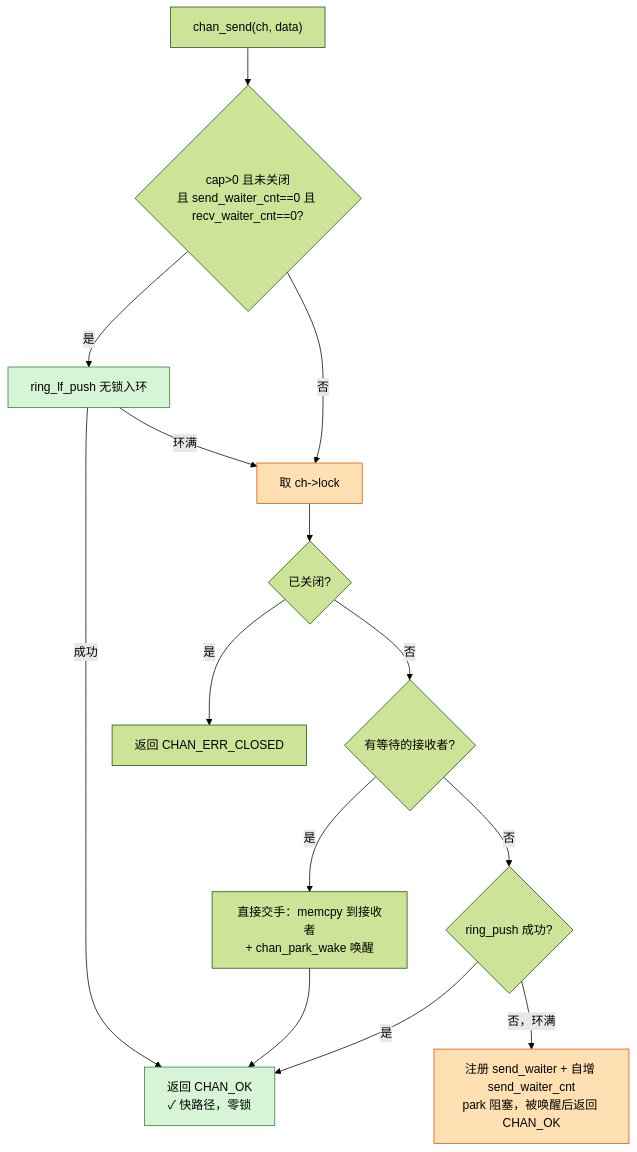
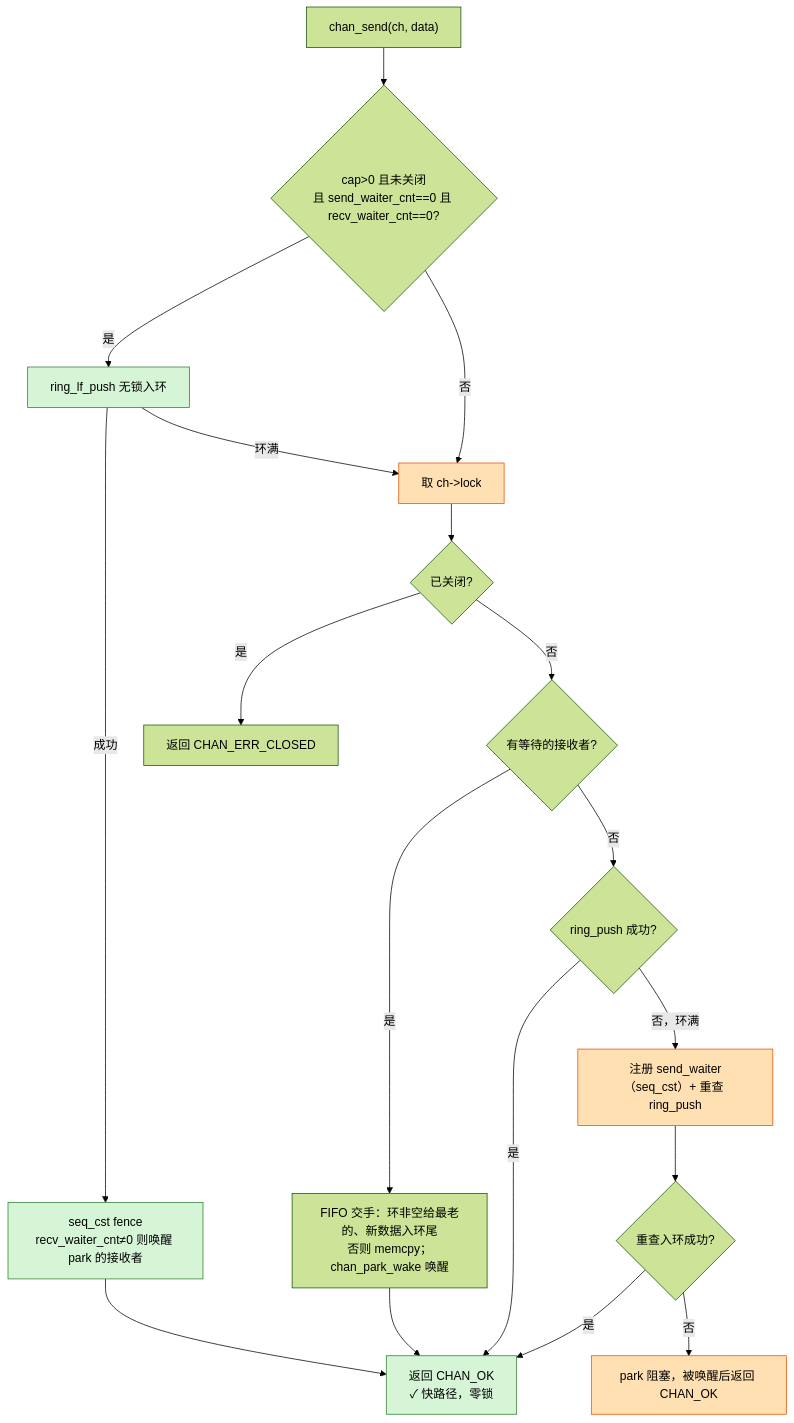
The second of 4 diagrams in doc/architecture.md (calcky/libchan), drawn with Mermaid (forest theme) before and after one commit. The commit also changed other lines of this file and 5 other files, not shown here.

````diff
--- a/doc/architecture.md
+++ b/doc/architecture.md
@@ -69,20 +70,24 @@
 ```mermaid
 flowchart TD
     SA["chan_send(ch, data)"] --> SB{"cap>0 且未关闭<br/>且 send_waiter_cnt==0 且 recv_waiter_cnt==0?"}
     SB -->|是| SC["ring_lf_push 无锁入环"]
-    SC -->|成功| SOK["返回 CHAN_OK<br/>✓ 快路径，零锁"]
+    SC -->|成功| SW["seq_cst fence<br/>recv_waiter_cnt≠0 则唤醒 park 的接收者"]
+    SW --> SOK["返回 CHAN_OK<br/>✓ 快路径，零锁"]
     SC -->|环满| SL["取 ch->lock"]
     SB -->|否| SL
     SL --> SD{"已关闭?"}
     SD -->|是| SCLOSED["返回 CHAN_ERR_CLOSED"]
     SD -->|否| SE{"有等待的接收者?"}
-    SE -->|是| SF["直接交手：memcpy 到接收者<br/>+ chan_park_wake 唤醒"] --> SOK
+    SE -->|是| SF["FIFO 交手：环非空给最老的、新数据入环尾<br/>否则 memcpy；chan_park_wake 唤醒"] --> SOK
     SE -->|否| SG{"ring_push 成功?"}
     SG -->|是| SOK
-    SG -->|"否，环满"| SH["注册 send_waiter + 自增 send_waiter_cnt<br/>park 阻塞，被唤醒后返回 CHAN_OK"]
+    SG -->|"否，环满"| SH["注册 send_waiter（seq_cst）+ 重查 ring_push"]
+    SH --> SH2{"重查入环成功?"}
+    SH2 -->|是| SOK
+    SH2 -->|否| SP["park 阻塞，被唤醒后返回 CHAN_OK"]
 
     classDef fast fill:#d6f5d6,stroke:#2e7d32;
     classDef slow fill:#ffe0b2,stroke:#e65100;
-    class SC,SOK fast;
-    class SL,SH slow;
+    class SC,SW,SOK fast;
+    class SL,SH,SP slow;
 ```
````
